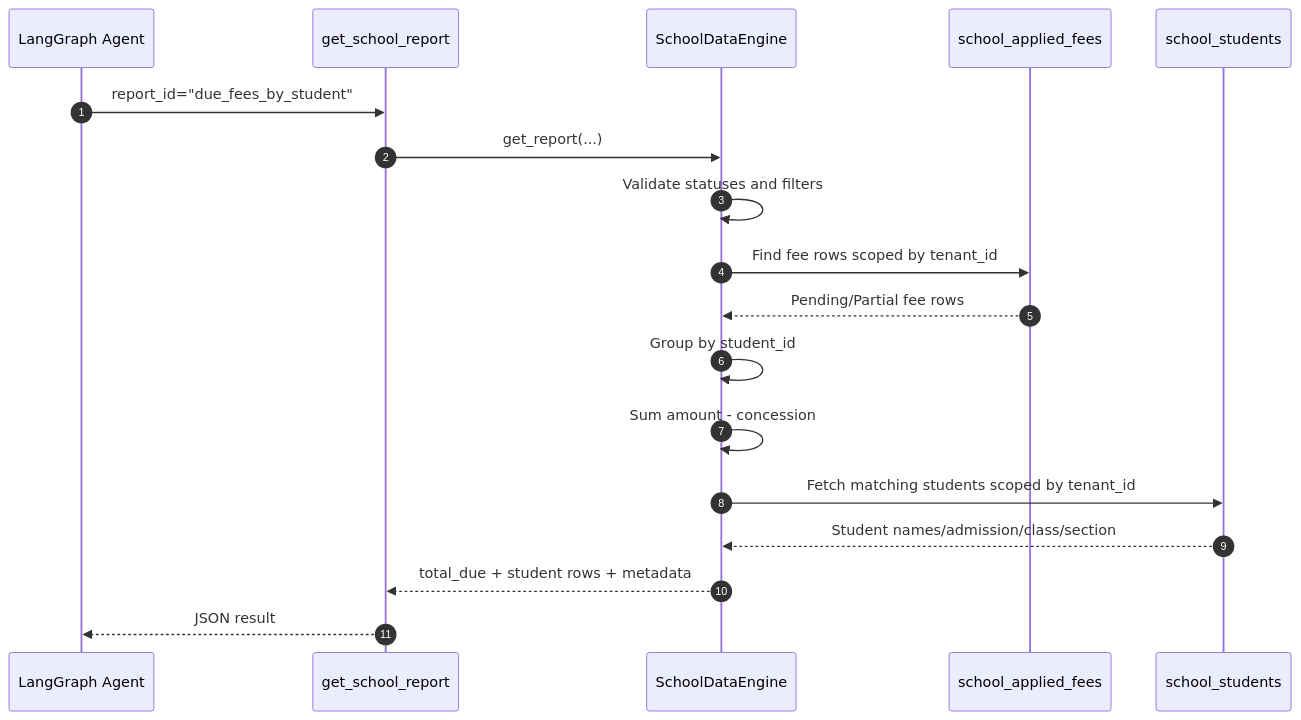
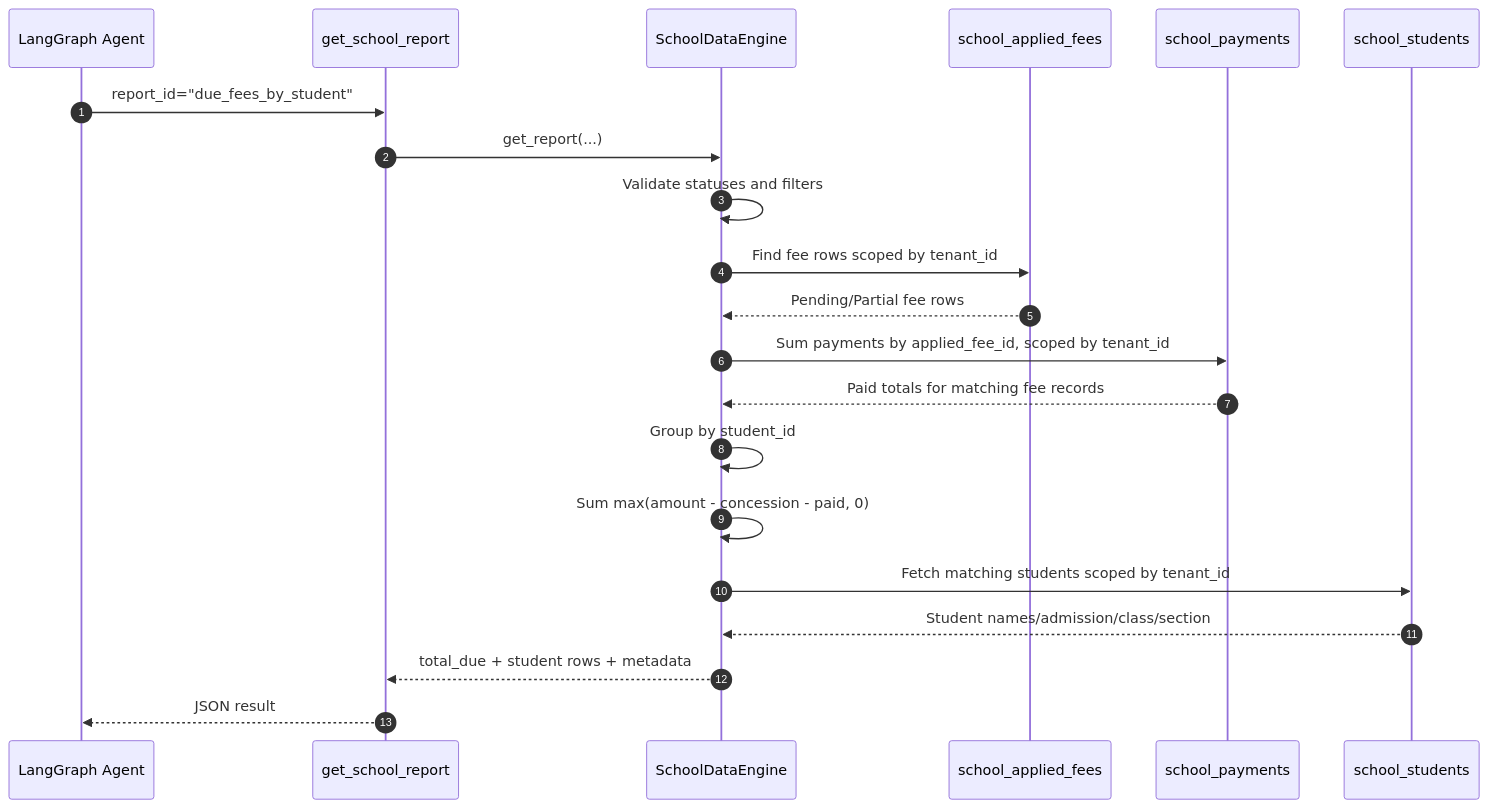
One commit to pawanm992002/AI_CHATBOT changed the sixth of 13 diagrams in schoolservice.md. Above: the diagram before and after it, drawn with Mermaid. The commit also changed other lines of this file and 16 other files, not shown here.

````diff
--- a/schoolservice.md
+++ b/schoolservice.md
@@ -260,21 +257,24 @@
 ```mermaid
 sequenceDiagram
     autonumber
     participant Agent as LangGraph Agent
     participant Tool as get_school_report
     participant Engine as SchoolDataEngine
     participant Fees as school_applied_fees
+    participant Payments as school_payments
     participant Students as school_students
 
     Agent->>Tool: report_id="due_fees_by_student"
     Tool->>Engine: get_report(...)
     Engine->>Engine: Validate statuses and filters
     Engine->>Fees: Find fee rows scoped by tenant_id
     Fees-->>Engine: Pending/Partial fee rows
+    Engine->>Payments: Sum payments by applied_fee_id, scoped by tenant_id
+    Payments-->>Engine: Paid totals for matching fee records
     Engine->>Engine: Group by student_id
-    Engine->>Engine: Sum amount - concession
+    Engine->>Engine: Sum max(amount - concession - paid, 0)
     Engine->>Students: Fetch matching students scoped by tenant_id
     Students-->>Engine: Student names/admission/class/section
     Engine-->>Tool: total_due + student rows + metadata
     Tool-->>Agent: JSON result
 ```
````
